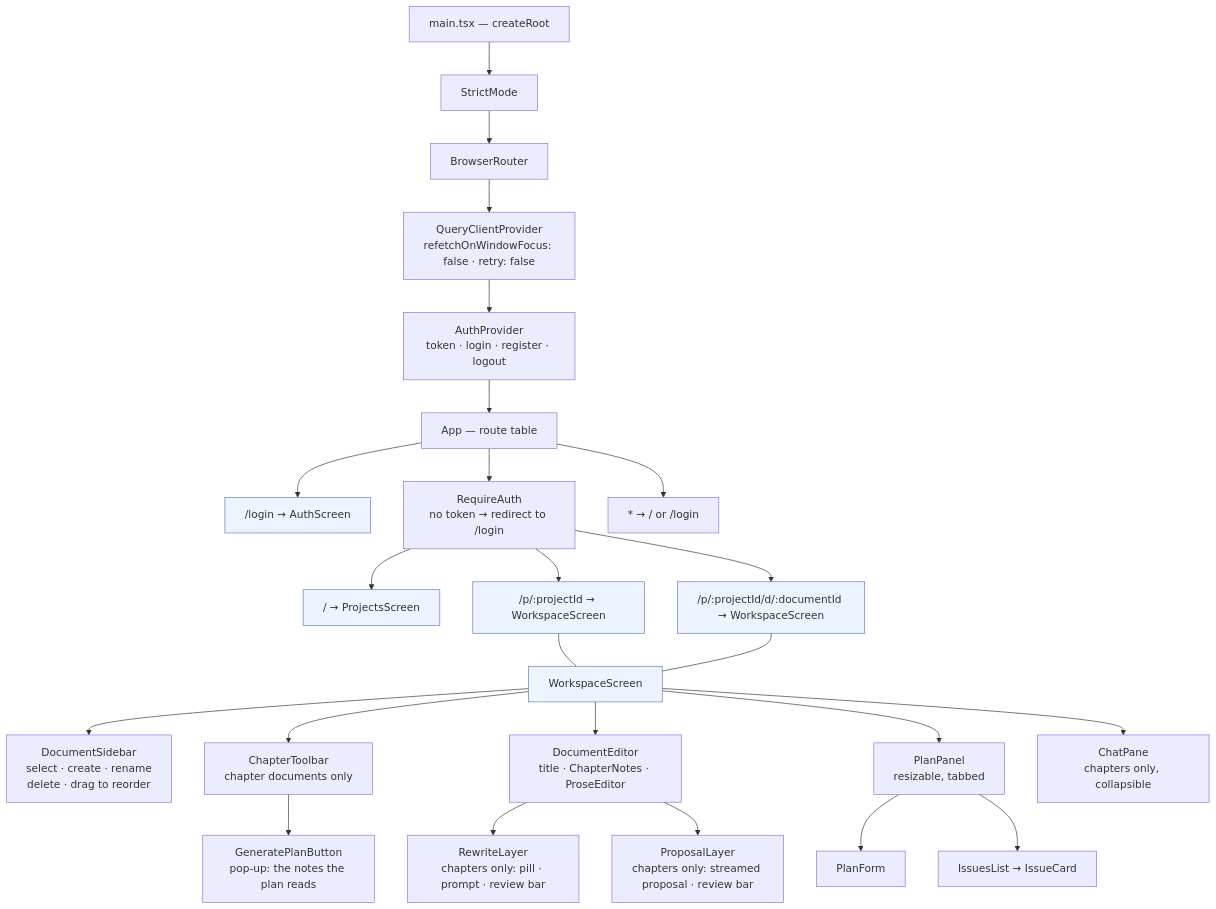
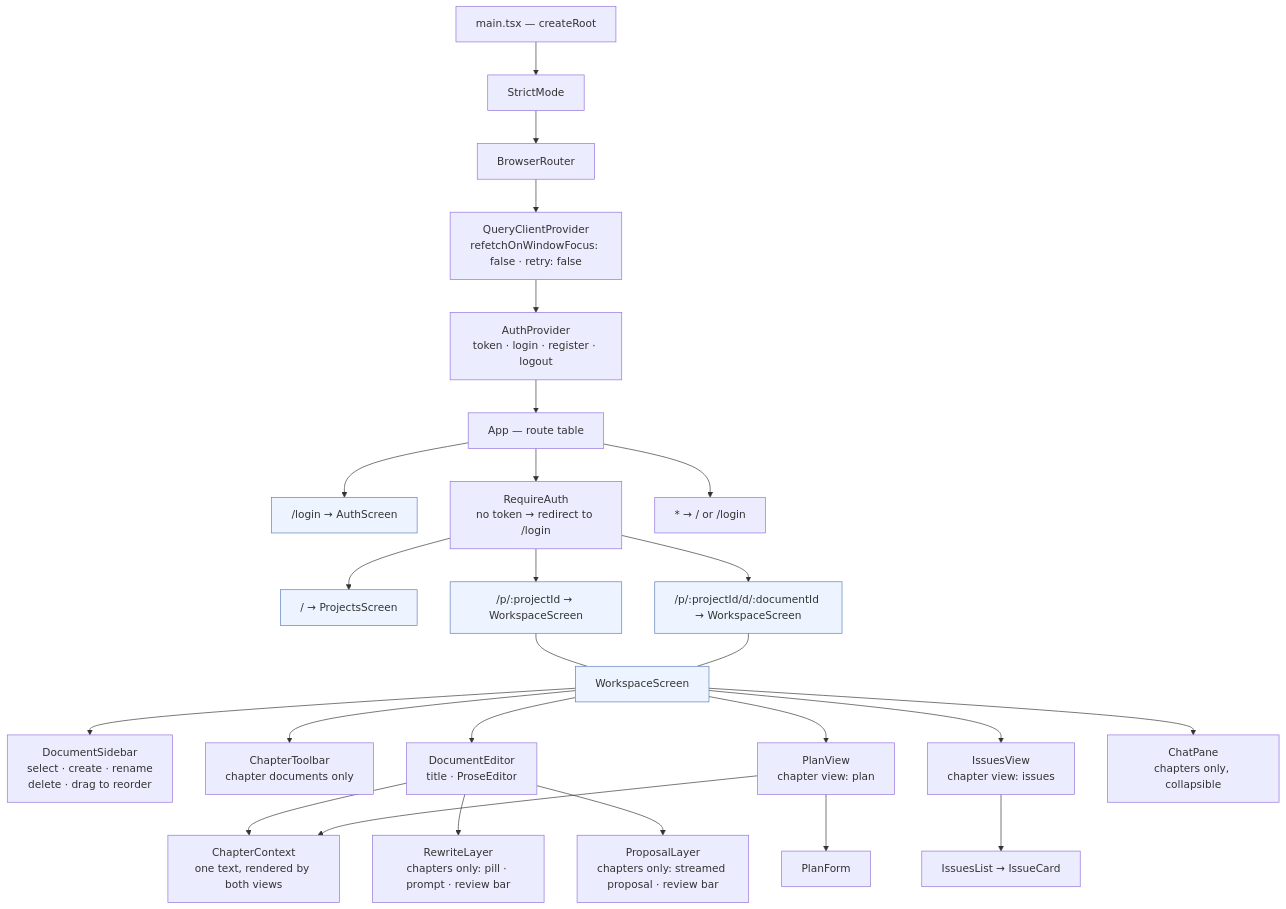
Before and after one commit to Akazz-L/maya: the first of 3 diagrams in docs/diagrams/04-frontend-architecture.md, drawn with Mermaid. The commit also changed other lines of this file and 27 other files, not shown here.

Commit message:
feat: replace the plan panel with Write / Plan / Issues chapter views (#18)

````diff
--- a/docs/diagrams/04-frontend-architecture.md
+++ b/docs/diagrams/04-frontend-architecture.md
@@ -8,32 +8,34 @@
 ```mermaid
 graph TD
     ROOT["main.tsx — createRoot"] --> SM["StrictMode"]
     SM --> BR["BrowserRouter"]
     BR --> QCP["QueryClientProvider<br/>refetchOnWindowFocus: false · retry: false"]
     QCP --> AP["AuthProvider<br/>token · login · register · logout"]
     AP --> APP["App — route table"]
 
     APP --> LOGIN["/login → AuthScreen"]
     APP --> GUARD["RequireAuth<br/>no token → redirect to /login"]
     APP --> CATCH["* → / or /login"]
 
     GUARD --> PROJ["/ → ProjectsScreen"]
     GUARD --> WS1["/p/:projectId → WorkspaceScreen"]
     GUARD --> WS2["/p/:projectId/d/:documentId → WorkspaceScreen"]
 
     WS1 --- WS["WorkspaceScreen"]
     WS2 --- WS
     WS --> SIDE["DocumentSidebar<br/>select · create · rename<br/>delete · drag to reorder"]
     WS --> TB["ChapterToolbar<br/>chapter documents only"]
-    TB --> GP["GeneratePlanButton<br/>pop-up: the notes the plan reads"]
-    WS --> ED["DocumentEditor<br/>title · ChapterNotes · ProseEditor"]
+    WS --> ED["DocumentEditor<br/>title · ProseEditor"]
+    ED --> CC["ChapterContext<br/>one text, rendered by both views"]
     ED --> RL["RewriteLayer<br/>chapters only: pill · prompt · review bar"]
     ED --> PL["ProposalLayer<br/>chapters only: streamed proposal · review bar"]
-    WS --> PP["PlanPanel<br/>resizable, tabbed"]
-    PP --> PF["PlanForm"]
-    PP --> IL["IssuesList → IssueCard"]
+    WS --> PV["PlanView<br/>chapter view: plan"]
+    PV --> PF["PlanForm"]
+    PV --> CC
+    WS --> IV["IssuesView<br/>chapter view: issues"]
+    IV --> IL["IssuesList → IssueCard"]
     WS --> CP["ChatPane<br/>chapters only, collapsible"]
 
     classDef screen fill:#eef4ff,stroke:#5b7cba
     class LOGIN,PROJ,WS1,WS2,WS screen
 ```
````
